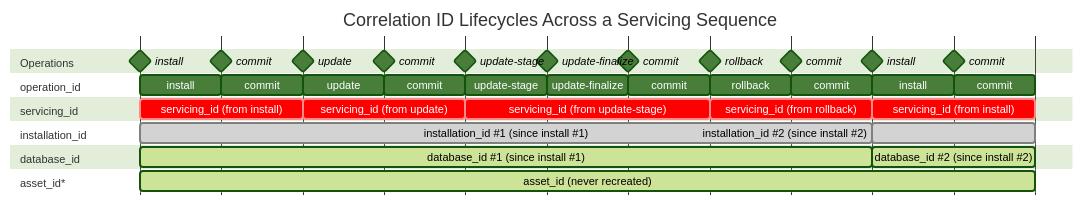
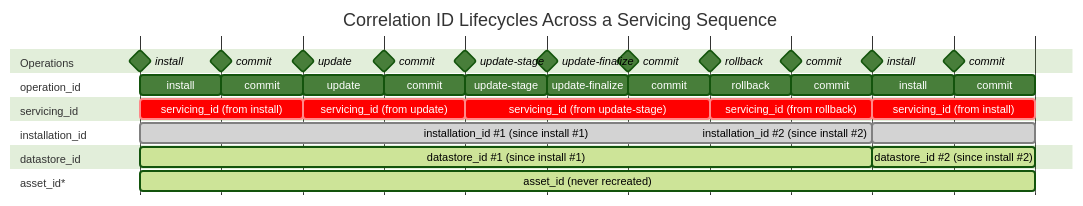
One commit to microsoft/trident changed the diagram in docs/Reference/Telemetry.md. Above: the diagram before and after it, drawn with Mermaid (forest theme). The commit also changed other lines of this file, not shown here.

First line of the commit message:
docs: fix stale database_id naming and drop unimplemented Command Errors section

````diff
--- a/docs/Reference/Telemetry.md
+++ b/docs/Reference/Telemetry.md
@@ -87,51 +87,51 @@
 ```mermaid
 %%{init: {'gantt': {'displayMode': 'compact', 'leftPadding': 130}}}%%
 gantt
     dateFormat  YYYY-MM-DD
     axisFormat  
     title Correlation ID Lifecycles Across a Servicing Sequence
 
     section Operations
     install            :milestone, m1, 2024-01-01, 0d
     commit             :milestone, m2, 2024-01-02, 0d
     update             :milestone, m3, 2024-01-03, 0d
     commit             :milestone, m4, 2024-01-04, 0d
     update-stage       :milestone, m5, 2024-01-05, 0d
     update-finalize    :milestone, m6, 2024-01-06, 0d
     commit             :milestone, m7, 2024-01-07, 0d
     rollback           :milestone, m8, 2024-01-08, 0d
     commit             :milestone, m9, 2024-01-09, 0d
     install            :milestone, m10, 2024-01-10, 0d
     commit             :milestone, m11, 2024-01-11, 0d
 
     section operation_id
     install         :o1, 2024-01-01, 1d
     commit          :o2, 2024-01-02, 1d
     update          :o3, 2024-01-03, 1d
     commit          :o4, 2024-01-04, 1d
     update-stage    :o5, 2024-01-05, 1d
     update-finalize :o6, 2024-01-06, 1d
     commit          :o7, 2024-01-07, 1d
     rollback        :o8, 2024-01-08, 1d
     commit          :o9, 2024-01-09, 1d
     install         :o10, 2024-01-10, 1d
     commit          :o11, 2024-01-11, 1d
 
     section servicing_id
     servicing_id (from install)           :crit, sid1, 2024-01-01, 2d
     servicing_id (from update)            :crit, sid2, 2024-01-03, 2d
     servicing_id (from update-stage)      :crit, sid3, 2024-01-05, 3d
     servicing_id (from rollback)          :crit, sid4, 2024-01-08, 2d
     servicing_id (from install)           :crit, sid5, 2024-01-10, 2d
 
     section installation_id
     installation_id #1 (since install #1) :done, inst1, 2024-01-01, 9d
     installation_id #2 (since install #2) :done, inst2, 2024-01-10, 2d
 
-    section database_id
-    database_id #1 (since install #1)     :active, db1, 2024-01-01, 9d
-    database_id #2 (since install #2)     :active, db2, 2024-01-10, 2d
+    section datastore_id
+    datastore_id #1 (since install #1)    :active, db1, 2024-01-01, 9d
+    datastore_id #2 (since install #2)    :active, db2, 2024-01-10, 2d
 
     section asset_id*
     asset_id (never recreated)            :active, done, asset1, 2024-01-01, 11d
 ```
````
